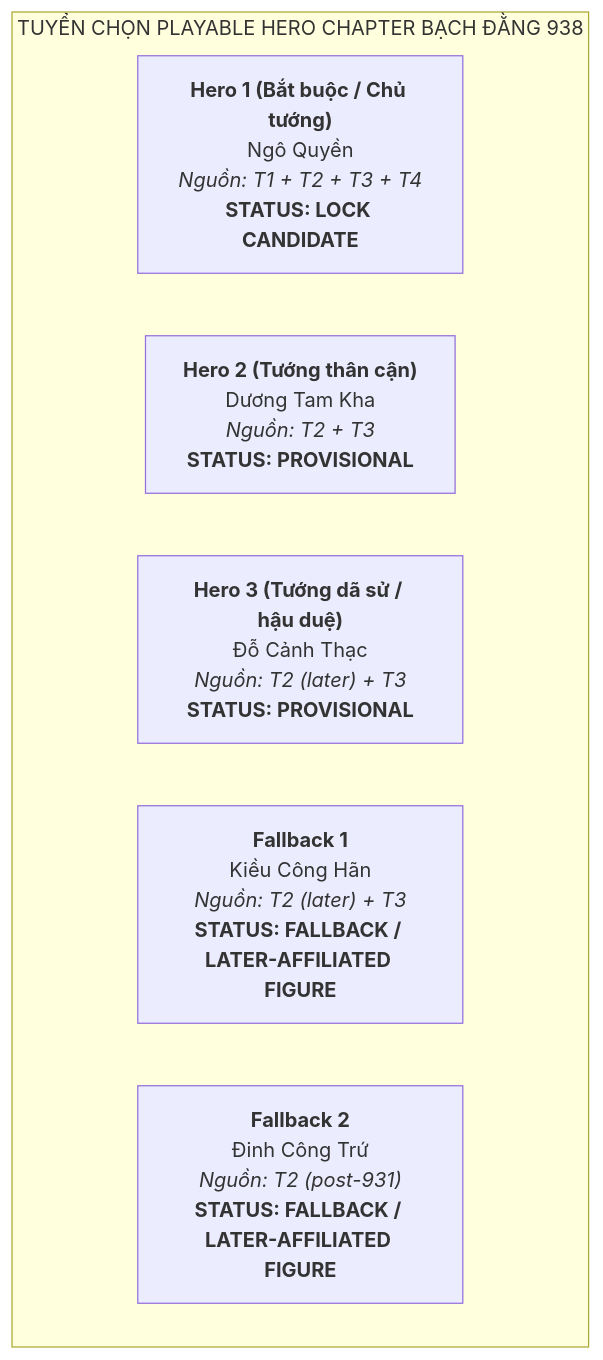
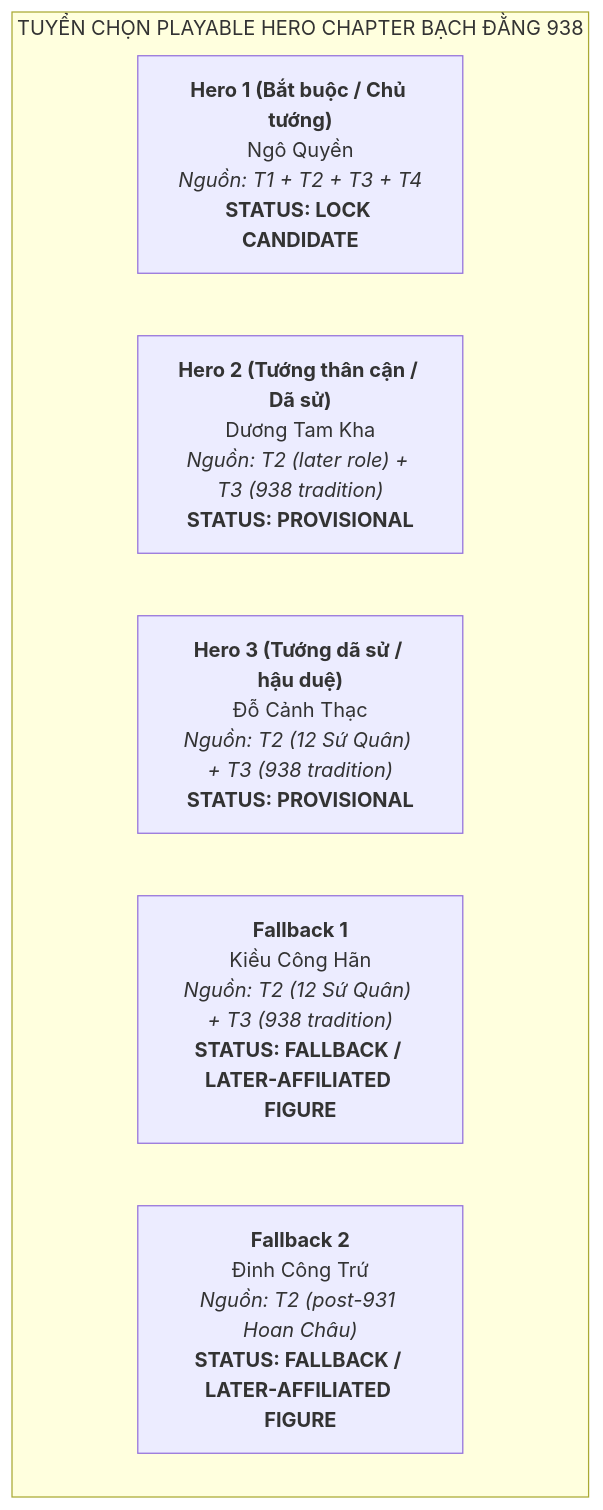
Before and after one commit to LightDucan/HuyenSu-TD: the first of 3 diagrams in docs/drafts/viet-su/ngo-quyen-938/roster-selection.md, drawn with Mermaid. The commit also changed other lines of this file and 2 other files, not shown here.

````diff
--- a/docs/drafts/viet-su/ngo-quyen-938/roster-selection.md
+++ b/docs/drafts/viet-su/ngo-quyen-938/roster-selection.md
@@ -33,14 +30,14 @@
 ```mermaid
 graph TD
     subgraph TUYỂN CHỌN PLAYABLE HERO CHAPTER BẠCH ĐẰNG 938
         H1["<b>Hero 1 (Bắt buộc / Chủ tướng)</b><br>Ngô Quyền<br><i>Nguồn: T1 + T2 + T3 + T4</i><br><b>STATUS: LOCK CANDIDATE</b>"]
 
-        H2["<b>Hero 2 (Tướng thân cận)</b><br>Dương Tam Kha<br><i>Nguồn: T2 + T3</i><br><b>STATUS: PROVISIONAL</b>"]
+        H2["<b>Hero 2 (Tướng thân cận / Dã sử)</b><br>Dương Tam Kha<br><i>Nguồn: T2 (later role) + T3 (938 tradition)</i><br><b>STATUS: PROVISIONAL</b>"]
 
-        H3["<b>Hero 3 (Tướng dã sử / hậu duệ)</b><br>Đỗ Cảnh Thạc<br><i>Nguồn: T2 (later) + T3</i><br><b>STATUS: PROVISIONAL</b>"]
+        H3["<b>Hero 3 (Tướng dã sử / hậu duệ)</b><br>Đỗ Cảnh Thạc<br><i>Nguồn: T2 (12 Sứ Quân) + T3 (938 tradition)</i><br><b>STATUS: PROVISIONAL</b>"]
 
-        F1["<b>Fallback 1</b><br>Kiều Công Hãn<br><i>Nguồn: T2 (later) + T3</i><br><b>STATUS: FALLBACK / LATER-AFFILIATED FIGURE</b>"]
+        F1["<b>Fallback 1</b><br>Kiều Công Hãn<br><i>Nguồn: T2 (12 Sứ Quân) + T3 (938 tradition)</i><br><b>STATUS: FALLBACK / LATER-AFFILIATED FIGURE</b>"]
 
-        F2["<b>Fallback 2</b><br>Đinh Công Trứ<br><i>Nguồn: T2 (post-931)</i><br><b>STATUS: FALLBACK / LATER-AFFILIATED FIGURE</b>"]
+        F2["<b>Fallback 2</b><br>Đinh Công Trứ<br><i>Nguồn: T2 (post-931 Hoan Châu)</i><br><b>STATUS: FALLBACK / LATER-AFFILIATED FIGURE</b>"]
     end
 ```
````
